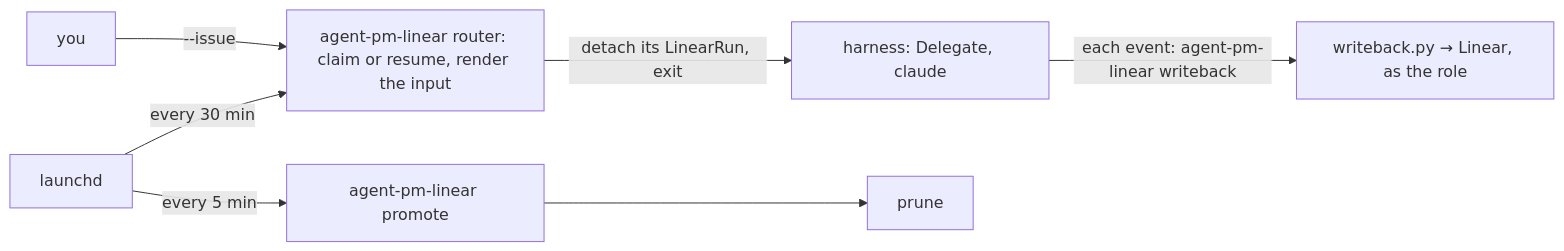
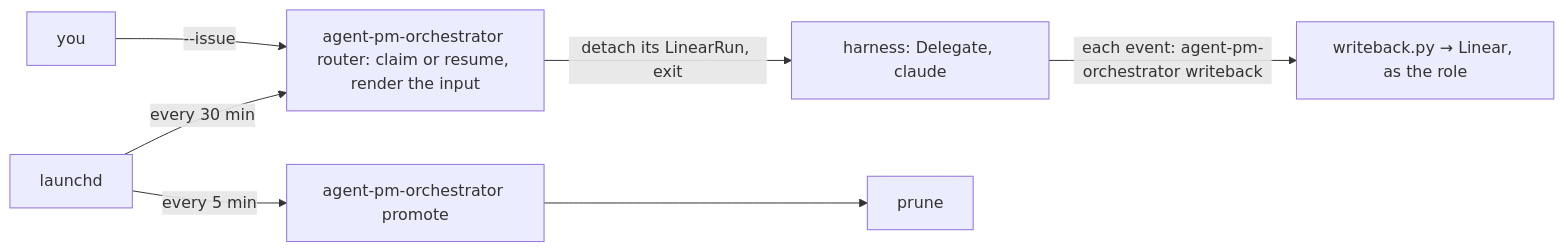
One commit to ophis/agent-pm changed the second of 3 diagrams in docs/board.md. Above: the diagram before and after it, drawn with Mermaid. The commit also changed other lines of this file and 95 other files, not shown here.

Commit message:
TASK-792: rename agent-pm-linear to agent-pm-orchestrator

````diff
--- a/docs/board.md
+++ b/docs/board.md
@@ -87,7 +87,7 @@
 ```mermaid
 flowchart LR
-    L[launchd] -->|every 30 min| R["agent-pm-linear router: claim or resume, render the input"] -->|"detach its LinearRun, exit"| I["harness: Delegate, claude"]
+    L[launchd] -->|every 30 min| R["agent-pm-orchestrator router: claim or resume, render the input"] -->|"detach its LinearRun, exit"| I["harness: Delegate, claude"]
     Y[you] -->|"--issue"| R
-    I -->|"each event: agent-pm-linear writeback"| W["writeback.py → Linear, as the role"]
-    L -->|every 5 min| P[agent-pm-linear promote] --> X[prune]
+    I -->|"each event: agent-pm-orchestrator writeback"| W["writeback.py → Linear, as the role"]
+    L -->|every 5 min| P[agent-pm-orchestrator promote] --> X[prune]
 ```
````
